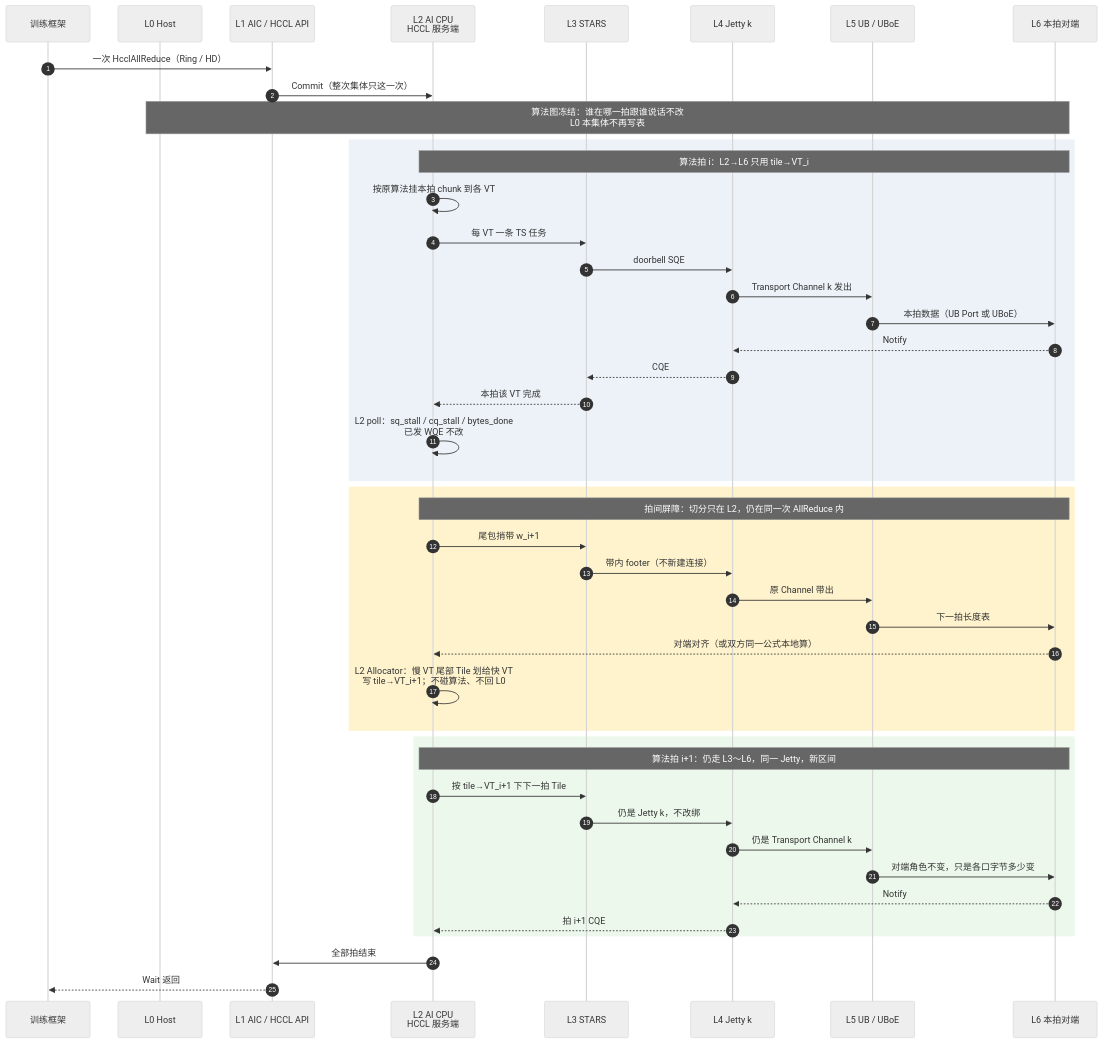
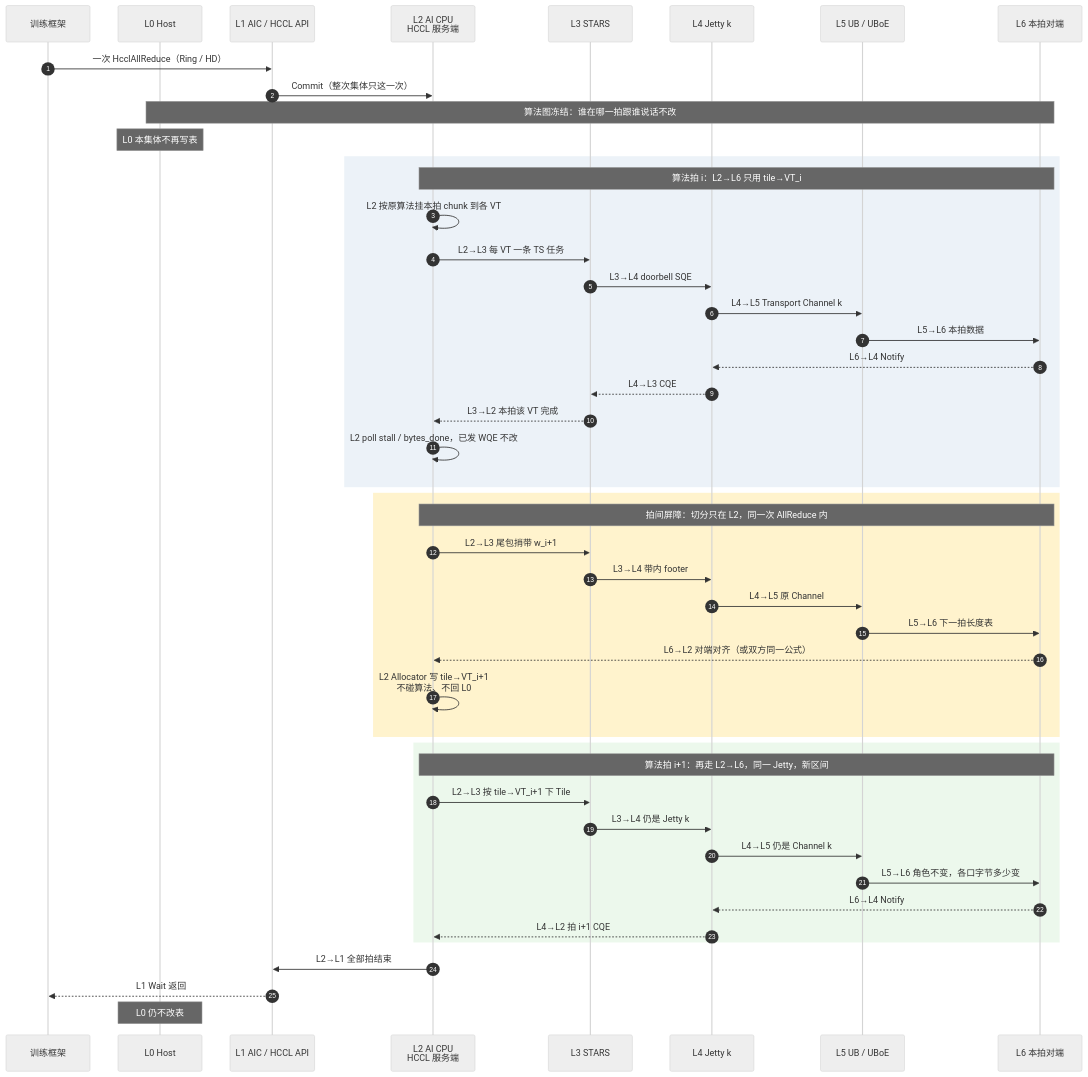
Before and after one commit to 69515164-rgb/DeepEP: the sixth of 6 diagrams in docs/ascend950_preccl_design.md, drawn with Mermaid (neutral theme). The commit also changed other lines of this file, not shown here.

````diff
--- a/docs/ascend950_preccl_design.md
+++ b/docs/ascend950_preccl_design.md
@@ -688,52 +744,54 @@
 ```mermaid
 sequenceDiagram
   autonumber
   participant App as 训练框架
   participant Host as L0 Host
   participant AIC as L1 AIC / HCCL API
   participant CPU as L2 AI CPU<br/>HCCL 服务端
   participant STARS as L3 STARS
   participant URMA as L4 Jetty k
   participant Net as L5 UB / UBoE
   participant Peer as L6 本拍对端
 
   App->>AIC: 一次 HcclAllReduce（Ring / HD）
   AIC->>CPU: Commit（整次集体只这一次）
-  Note over Host,Peer: 算法图冻结：谁在哪一拍跟谁说话不改<br/>L0 本集体不再写表
+  Note over Host,Peer: 算法图冻结：谁在哪一拍跟谁说话不改
+  Note over Host: L0 本集体不再写表
 
   rect rgb(236, 242, 248)
     Note over CPU,Peer: 算法拍 i：L2→L6 只用 tile→VT_i
-    CPU->>CPU: 按原算法挂本拍 chunk 到各 VT
-    CPU->>STARS: 每 VT 一条 TS 任务
-    STARS->>URMA: doorbell SQE
-    URMA->>Net: Transport Channel k 发出
-    Net->>Peer: 本拍数据（UB Port 或 UBoE）
-    Peer-->>URMA: Notify
-    URMA-->>STARS: CQE
-    STARS-->>CPU: 本拍该 VT 完成
-    CPU->>CPU: L2 poll：sq_stall / cq_stall / bytes_done<br/>已发 WQE 不改
+    CPU->>CPU: L2 按原算法挂本拍 chunk 到各 VT
+    CPU->>STARS: L2→L3 每 VT 一条 TS 任务
+    STARS->>URMA: L3→L4 doorbell SQE
+    URMA->>Net: L4→L5 Transport Channel k
+    Net->>Peer: L5→L6 本拍数据
+    Peer-->>URMA: L6→L4 Notify
+    URMA-->>STARS: L4→L3 CQE
+    STARS-->>CPU: L3→L2 本拍该 VT 完成
+    CPU->>CPU: L2 poll stall / bytes_done，已发 WQE 不改
   end
 
   rect rgb(255, 243, 205)
-    Note over CPU,Peer: 拍间屏障：切分只在 L2，仍在同一次 AllReduce 内
-    CPU->>STARS: 尾包捎带 w_i+1
-    STARS->>URMA: 带内 footer（不新建连接）
-    URMA->>Net: 原 Channel 带出
-    Net->>Peer: 下一拍长度表
-    Peer-->>CPU: 对端对齐（或双方同一公式本地算）
-    CPU->>CPU: L2 Allocator：慢 VT 尾部 Tile 划给快 VT<br/>写 tile→VT_i+1；不碰算法、不回 L0
+    Note over CPU,Peer: 拍间屏障：切分只在 L2，同一次 AllReduce 内
+    CPU->>STARS: L2→L3 尾包捎带 w_i+1
+    STARS->>URMA: L3→L4 带内 footer
+    URMA->>Net: L4→L5 原 Channel
+    Net->>Peer: L5→L6 下一拍长度表
+    Peer-->>CPU: L6→L2 对端对齐（或双方同一公式）
+    CPU->>CPU: L2 Allocator 写 tile→VT_i+1<br/>不碰算法、不回 L0
   end
 
   rect rgb(236, 248, 236)
-    Note over CPU,Peer: 算法拍 i+1：仍走 L3～L6，同一 Jetty，新区间
-    CPU->>STARS: 按 tile→VT_i+1 下下一拍 Tile
-    STARS->>URMA: 仍是 Jetty k，不改绑
-    URMA->>Net: 仍是 Transport Channel k
-    Net->>Peer: 对端角色不变，只是各口字节多少变
-    Peer-->>URMA: Notify
-    URMA-->>CPU: 拍 i+1 CQE
+    Note over CPU,Peer: 算法拍 i+1：再走 L2→L6，同一 Jetty，新区间
+    CPU->>STARS: L2→L3 按 tile→VT_i+1 下 Tile
+    STARS->>URMA: L3→L4 仍是 Jetty k
+    URMA->>Net: L4→L5 仍是 Channel k
+    Net->>Peer: L5→L6 角色不变，各口字节多少变
+    Peer-->>URMA: L6→L4 Notify
+    URMA-->>CPU: L4→L2 拍 i+1 CQE
   end
 
-  CPU->>AIC: 全部拍结束
-  AIC-->>App: Wait 返回
+  CPU->>AIC: L2→L1 全部拍结束
+  AIC-->>App: L1 Wait 返回
+  Note over Host: L0 仍不改表
 ```
````
